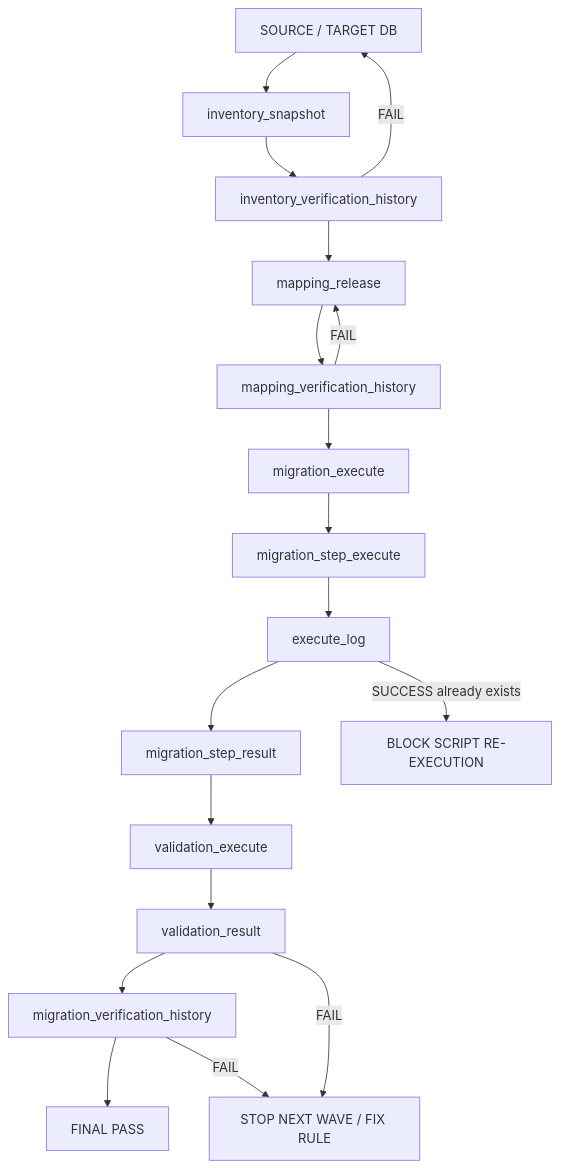
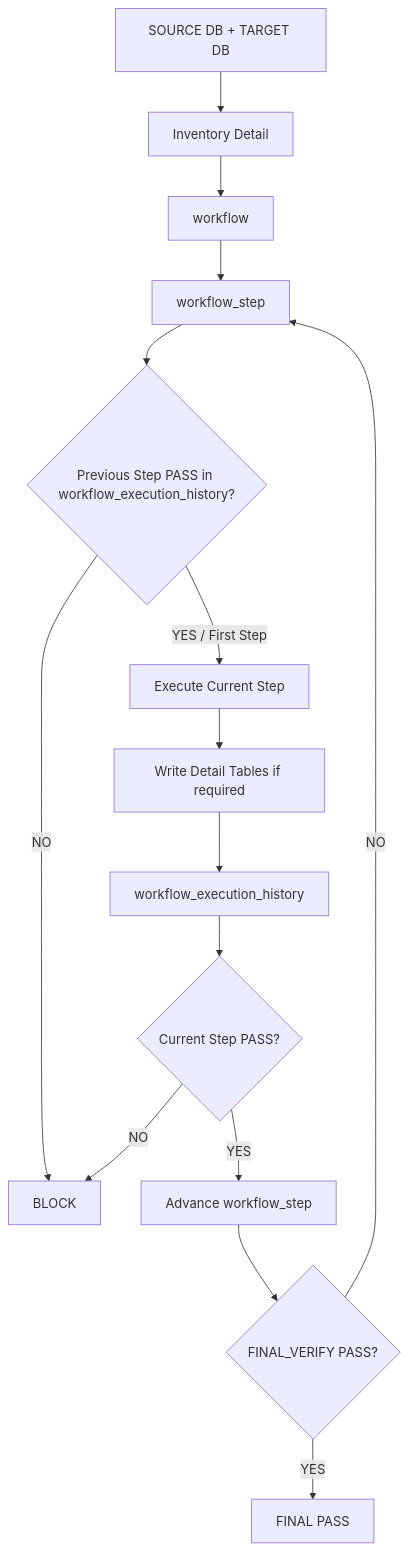
One commit to duyduyly/php-notebook changed the first of 3 diagrams in docs/joomla/learning/database/migration/tutorial/migration-workflow.md. Above: the diagram before and after it, drawn with Mermaid. The commit also changed other lines of this file, not shown here.

Commit message:
Simplify migration workflow around centralized execution history

````diff
--- a/docs/joomla/learning/database/migration/tutorial/migration-workflow.md
+++ b/docs/joomla/learning/database/migration/tutorial/migration-workflow.md
@@ -55,22 +90,18 @@
 ```mermaid
 flowchart TD
-    A[SOURCE / TARGET DB]
-    --> B[inventory_snapshot]
-    --> C[inventory_verification_history]
-    --> D[mapping_release]
-    --> E[mapping_verification_history]
-    --> F[migration_execute]
-    --> G[migration_step_execute]
-    --> H[execute_log]
-    --> I[migration_step_result]
-    --> J[validation_execute]
-    --> K[validation_result]
-    --> L[migration_verification_history]
-    --> M[FINAL PASS]
-
-    C -->|FAIL| A
-    E -->|FAIL| D
-    H -->|SUCCESS already exists| X[BLOCK SCRIPT RE-EXECUTION]
-    K -->|FAIL| Y[STOP NEXT WAVE / FIX RULE]
-    L -->|FAIL| Y
+    A[SOURCE DB + TARGET DB]
+    --> B[Inventory Detail]
+    B --> C[workflow]
+    C --> D[workflow_step]
+    D --> E{Previous Step PASS in workflow_execution_history?}
+    E -->|NO| X[BLOCK]
+    E -->|YES / First Step| F[Execute Current Step]
+    F --> G[Write Detail Tables if required]
+    G --> H[workflow_execution_history]
+    H --> I{Current Step PASS?}
+    I -->|NO| X
+    I -->|YES| J[Advance workflow_step]
+    J --> K{FINAL_VERIFY PASS?}
+    K -->|NO| D
+    K -->|YES| L[FINAL PASS]
 ```
````
